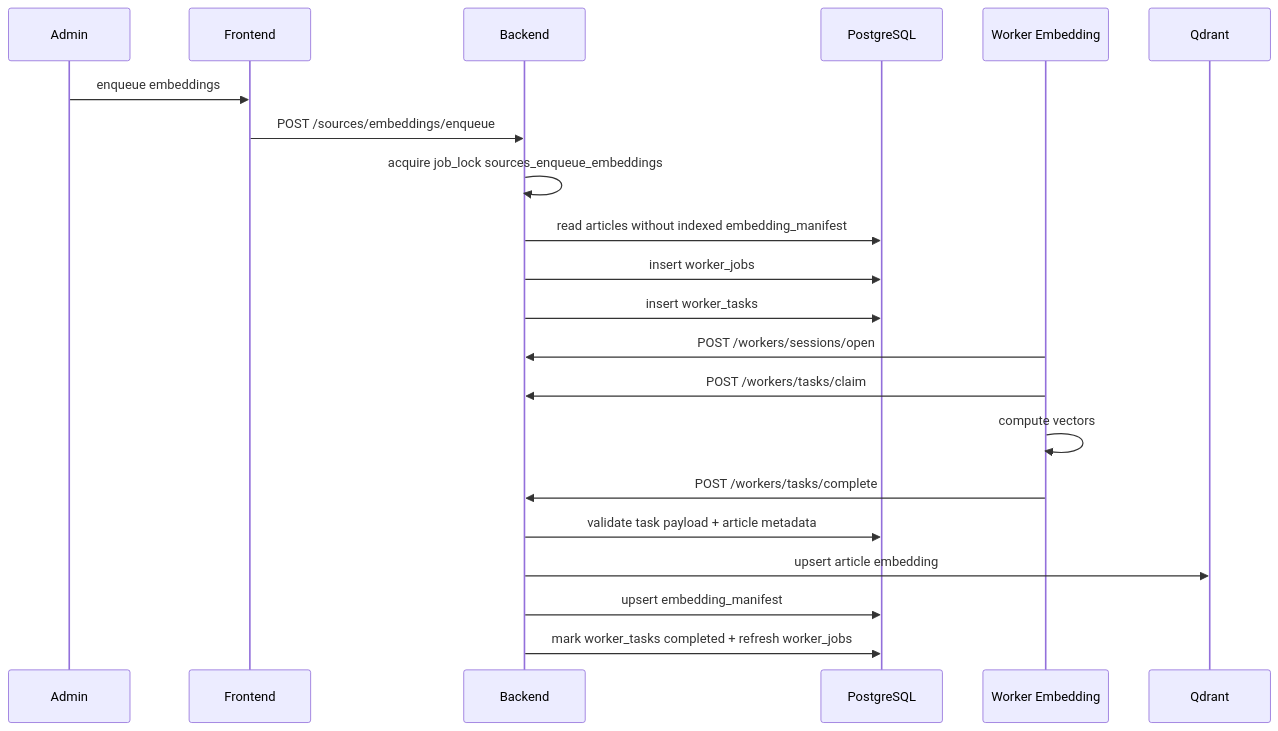
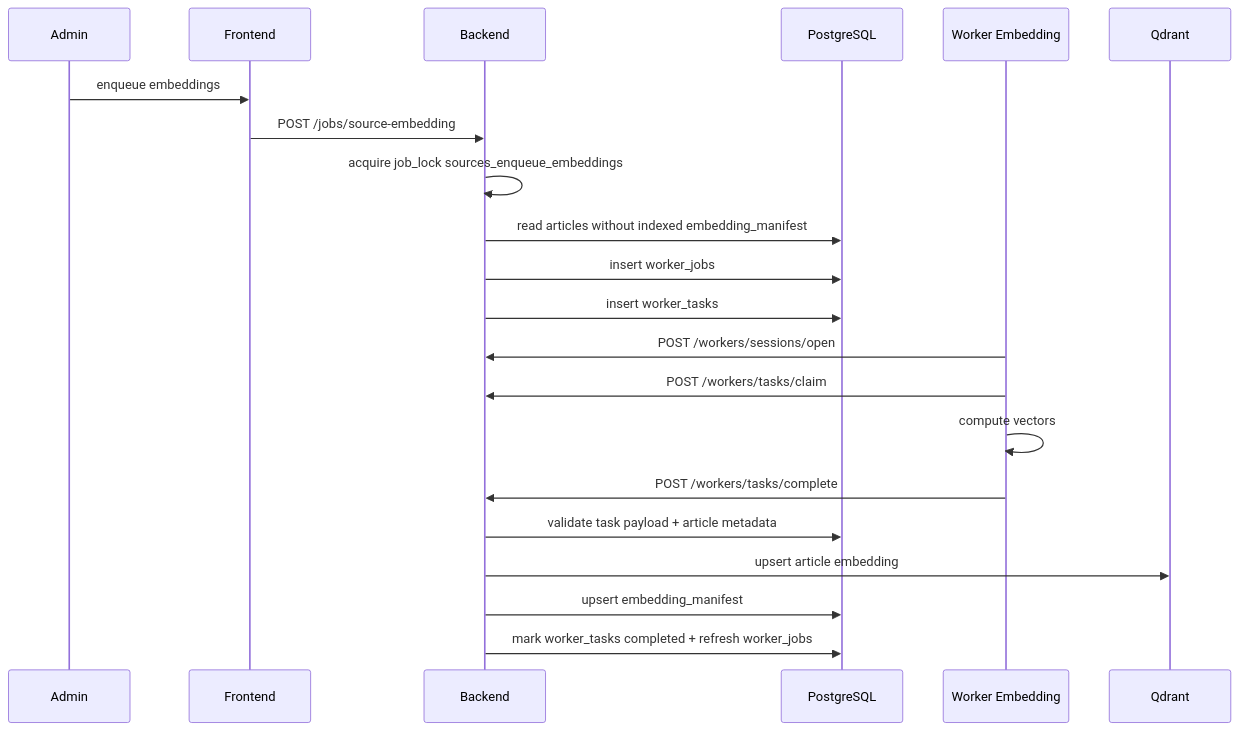
The fifth of 6 diagrams in backend/backend.md (Manifeed/docs), drawn with Mermaid before and after one commit. The commit also changed other lines of this file and 7 other files, not shown here.

````diff
--- a/backend/backend.md
+++ b/backend/backend.md
@@ -209,24 +209,24 @@
 ```mermaid
 sequenceDiagram
     participant Admin
     participant Front as Frontend
     participant API as Backend
     participant DB as PostgreSQL
     participant Worker as Worker Embedding
     participant Qdrant
 
     Admin->>Front: enqueue embeddings
-    Front->>API: POST /sources/embeddings/enqueue
+    Front->>API: POST /jobs/source-embedding
     API->>API: acquire job_lock sources_enqueue_embeddings
     API->>DB: read articles without indexed embedding_manifest
     API->>DB: insert worker_jobs
     API->>DB: insert worker_tasks
     Worker->>API: POST /workers/sessions/open
     Worker->>API: POST /workers/tasks/claim
     Worker->>Worker: compute vectors
     Worker->>API: POST /workers/tasks/complete
     API->>DB: validate task payload + article metadata
     API->>Qdrant: upsert article embedding
     API->>DB: upsert embedding_manifest
     API->>DB: mark worker_tasks completed + refresh worker_jobs
 ```
````
